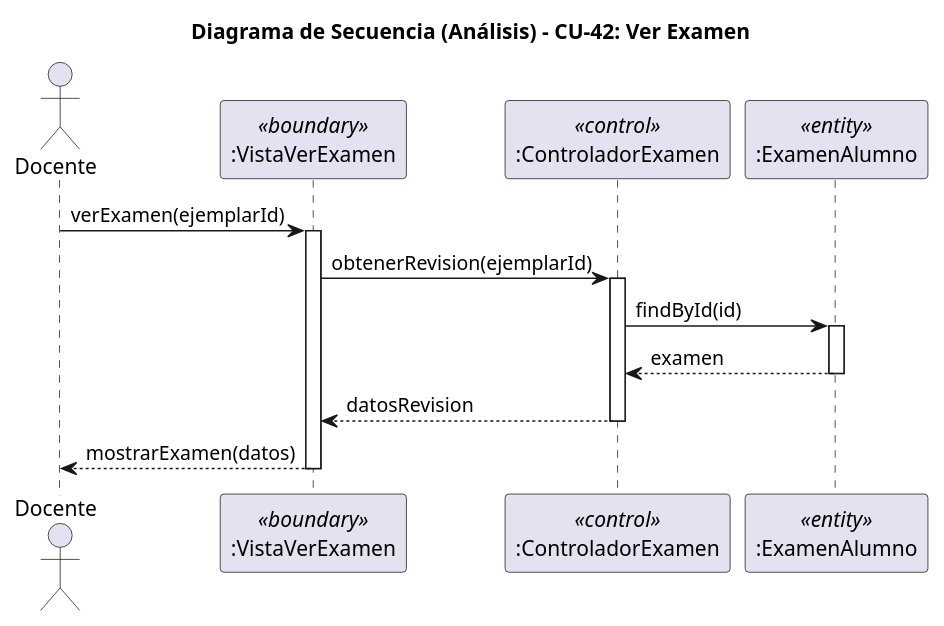
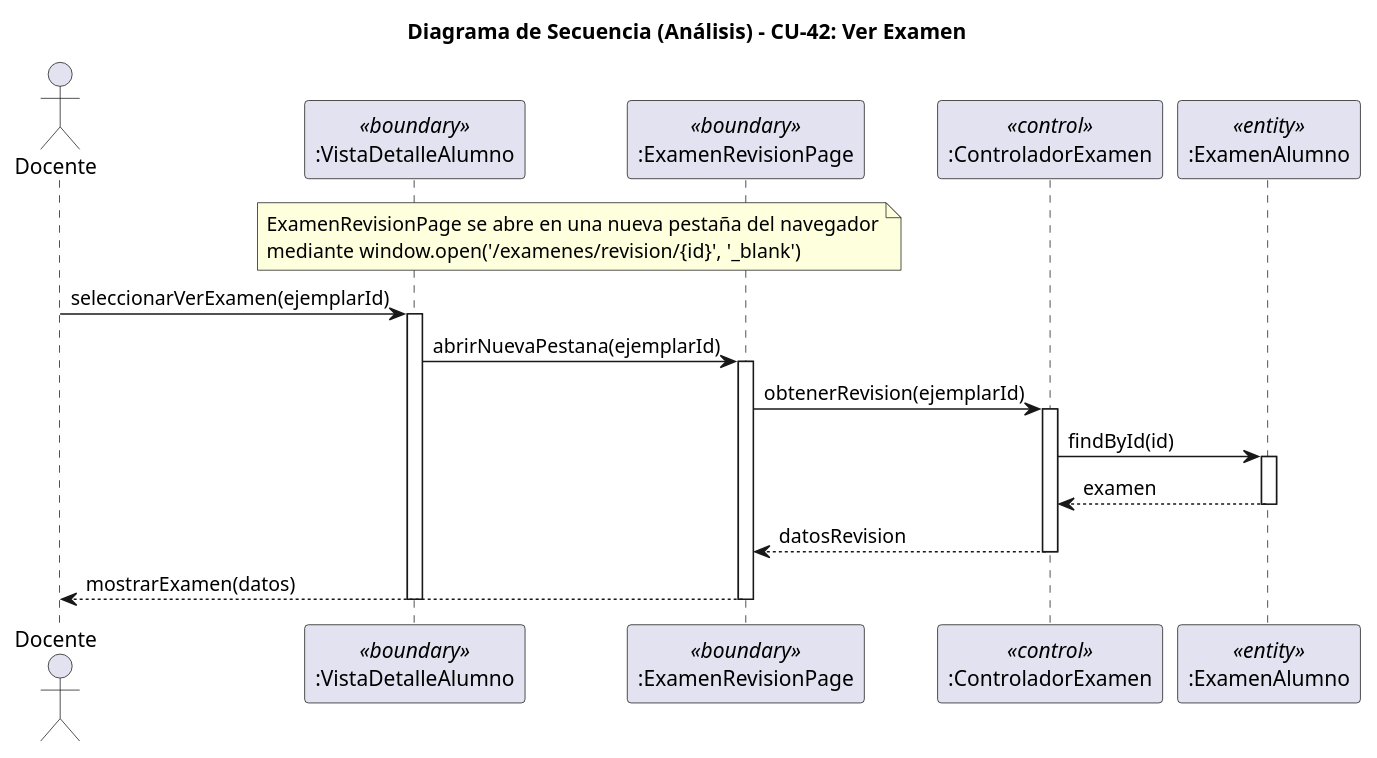
One commit to liamanderson873/25-26-idsw2-sdVC changed the diagram in RUP/01-analisis/casos-uso/CU-42-verExamen/analisis-secuencia-CU-42-verExamen.puml. Above: the diagram before and after it, drawn with PlantUML. The commit also changed 12 other files, not shown here.

First line of the commit message:
docs(RUP): actualizar diagramas de análisis y diseño con páginas de detalle, batch cancel y revisión en pestaña propia

```diff
--- a/RUP/01-analisis/casos-uso/CU-42-verExamen/analisis-secuencia-CU-42-verExamen.puml
+++ b/RUP/01-analisis/casos-uso/CU-42-verExamen/analisis-secuencia-CU-42-verExamen.puml
@@ -1,26 +1,33 @@
 @startuml cu42-verExamen-analisis-secuencia
 title Diagrama de Secuencia (Análisis) - CU-42: Ver Examen
 
 actor "Docente" as Actor
-participant ":VistaVerExamen" as Boundary <<boundary>>
+participant ":VistaDetalleAlumno" as AlumnoBoundary <<boundary>>
+participant ":ExamenRevisionPage" as Boundary <<boundary>>
 participant ":ControladorExamen" as Control <<control>>
 participant ":ExamenAlumno" as Entity <<entity>>
 
-Actor -> Boundary : verExamen(ejemplarId)
+note over AlumnoBoundary, Boundary : ExamenRevisionPage se abre en una nueva pestaña del navegador\nmediante window.open('/examenes/revision/{id}', '_blank')
+
+Actor -> AlumnoBoundary : seleccionarVerExamen(ejemplarId)
+activate AlumnoBoundary
+
+AlumnoBoundary -> Boundary : abrirNuevaPestana(ejemplarId)
 activate Boundary
 
 Boundary -> Control : obtenerRevision(ejemplarId)
 activate Control
 
 Control -> Entity : findById(id)
 activate Entity
 Entity --> Control : examen
 deactivate Entity
 
 Control --> Boundary : datosRevision
 deactivate Control
 
 Boundary --> Actor : mostrarExamen(datos)
 deactivate Boundary
+deactivate AlumnoBoundary
 
 @enduml
```
